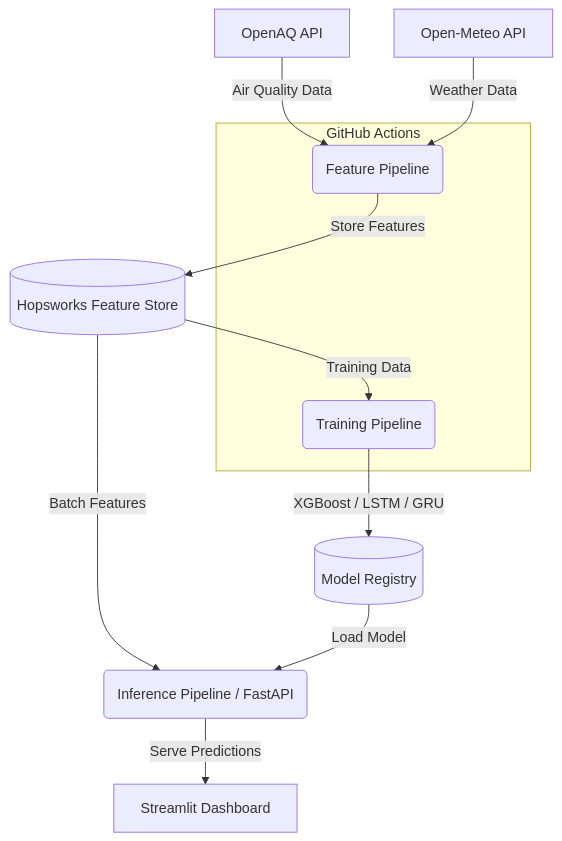
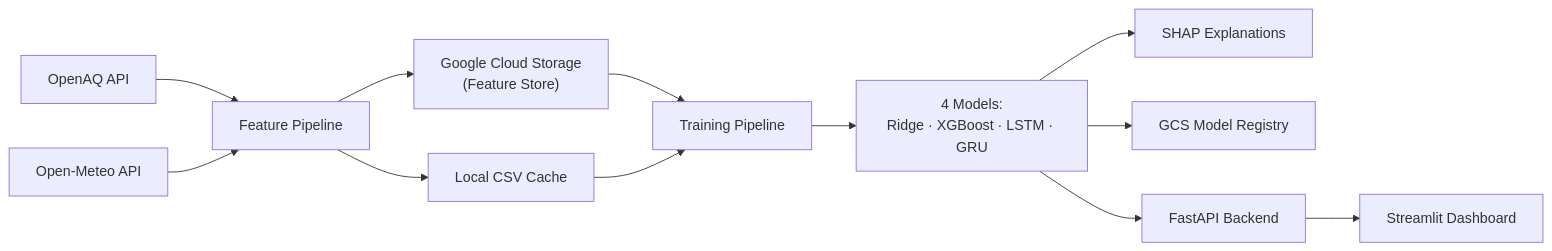
One commit to eeshhwaq/As-clear-as-pearl changed the diagram in README.md. Above: the diagram before and after it, drawn with Mermaid. The commit also changed other lines of this file and 15 other files, not shown here.

````diff
--- a/README.md
+++ b/README.md
@@ -14,16 +17,14 @@
 ```mermaid
-graph TD
-    A[OpenAQ API] -->|Air Quality Data| C(Feature Pipeline)
-    B[Open-Meteo API] -->|Weather Data| C
-    C -->|Store Features| D[(Hopsworks Feature Store)]
-    D -->|Training Data| E(Training Pipeline)
-    E -->|XGBoost / LSTM / GRU| F[(Model Registry)]
-    D -->|Batch Features| G(Inference Pipeline / FastAPI)
-    F -->|Load Model| G
-    G -->|Serve Predictions| H[Streamlit Dashboard]
-    
-    subgraph GitHub Actions
-    C
-    E
-    end
+graph LR
+    A["OpenAQ API"] --> C["Feature Pipeline"]
+    B["Open-Meteo API"] --> C
+    C --> D["Google Cloud Storage<br/>(Feature Store)"]
+    C --> E["Local CSV Cache"]
+    D --> F["Training Pipeline"]
+    E --> F
+    F --> G["4 Models:<br/>Ridge · XGBoost · LSTM · GRU"]
+    G --> H["SHAP Explanations"]
+    G --> I["GCS Model Registry"]
+    G --> J["FastAPI Backend"]
+    J --> K["Streamlit Dashboard"]
 ```
````
